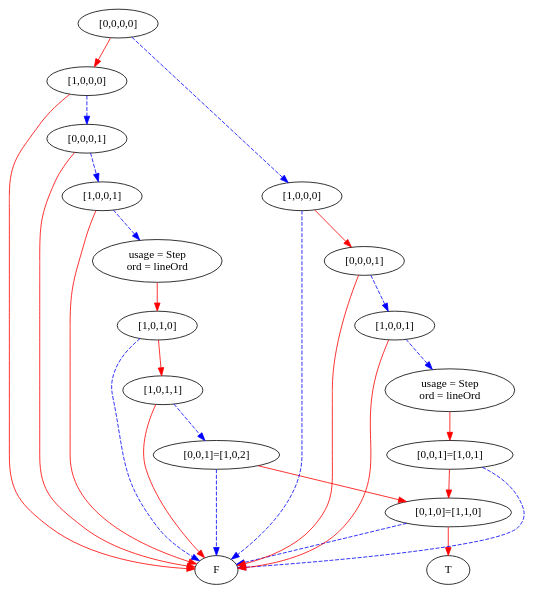
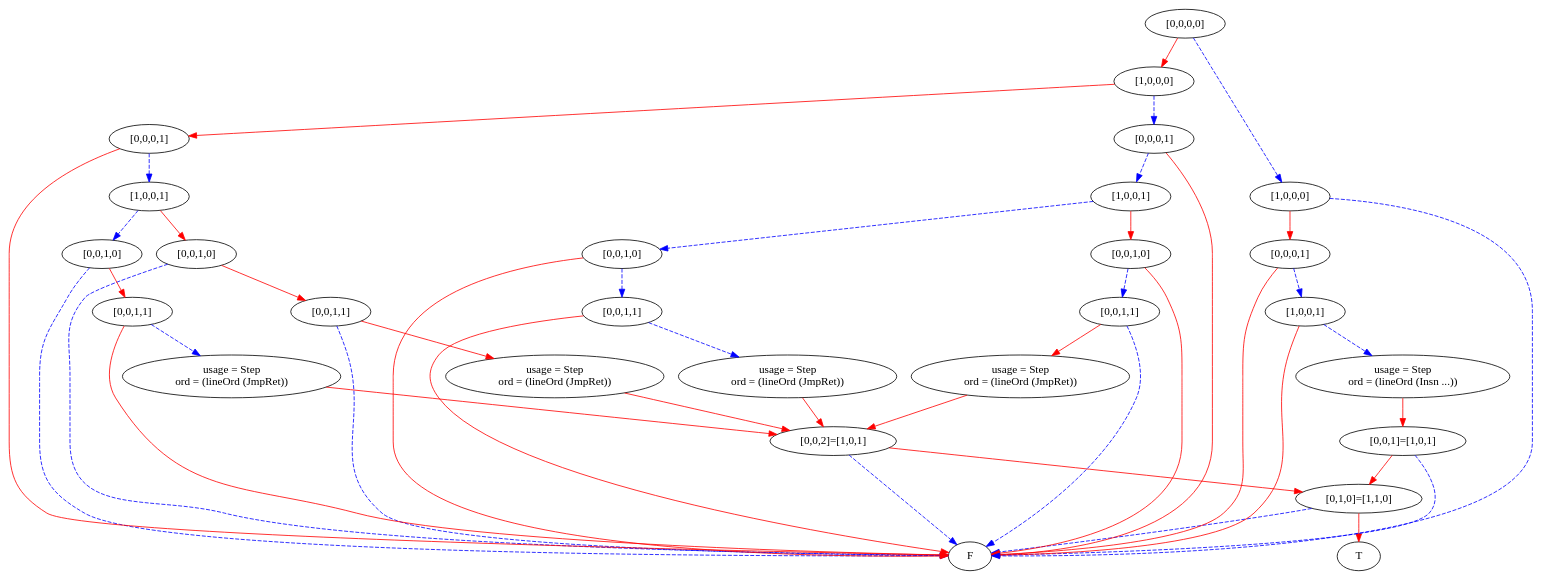
Before and after one commit to mburyakov/minxmod: the diagram in simpleProgram2.dot, drawn with Graphviz. The commit also changed 11 other files, not shown here.

```diff
--- a/simpleProgram2.dot
+++ b/simpleProgram2.dot
@@ -1,56 +1,94 @@
 digraph {
     1 [label=F];
     2 [label=T];
     3 [label="[0,1,0]=[1,1,0]"];
-    4 [label="[0,0,1]=[1,0,2]"];
-    5 [label="[1,0,1,1]"];
-    6 [label="[1,0,1,0]"];
-    7 [label="usage = Step\nord = lineOrd"];
-    8 [label="[1,0,0,1]"];
-    9 [label="[0,0,0,1]"];
-    10 [label="[1,0,0,0]"];
-    11 [label="[0,0,1]=[1,0,1]"];
-    12 [label="usage = Step\nord = lineOrd"];
-    13 [label="[1,0,0,1]"];
-    14 [label="[0,0,0,1]"];
-    15 [label="[1,0,0,0]"];
-    16 [label="[0,0,0,0]"];
+    4 [label="[0,0,2]=[1,0,1]"];
+    5 [label="usage = Step\nord = (lineOrd (JmpRet))"];
+    6 [label="[0,0,1,1]"];
+    7 [label="[0,0,1,0]"];
+    8 [label="usage = Step\nord = (lineOrd (JmpRet))"];
+    9 [label="[0,0,1,1]"];
+    10 [label="[0,0,1,0]"];
+    11 [label="[1,0,0,1]"];
+    12 [label="[0,0,0,1]"];
+    13 [label="usage = Step\nord = (lineOrd (JmpRet))"];
+    14 [label="[0,0,1,1]"];
+    15 [label="[0,0,1,0]"];
+    16 [label="usage = Step\nord = (lineOrd (JmpRet))"];
+    17 [label="[0,0,1,1]"];
+    18 [label="[0,0,1,0]"];
+    19 [label="[1,0,0,1]"];
+    20 [label="[0,0,0,1]"];
+    21 [label="[1,0,0,0]"];
+    22 [label="[0,0,1]=[1,0,1]"];
+    23 [label="usage = Step\nord = (lineOrd (Insn ...))"];
+    24 [label="[1,0,0,1]"];
+    25 [label="[0,0,0,1]"];
+    26 [label="[1,0,0,0]"];
+    27 [label="[0,0,0,0]"];
     3 -> 1 [style=dashed
            ,color=blue];
     3 -> 2 [color=red];
     4 -> 3 [color=red];
     4 -> 1 [style=dashed
            ,color=blue];
-    5 -> 4 [style=dashed
-           ,color=blue];
-    5 -> 1 [color=red];
+    5 -> 4 [color=red];
     6 -> 5 [color=red];
     6 -> 1 [style=dashed
            ,color=blue];
     7 -> 6 [color=red];
-    8 -> 7 [style=dashed
+    7 -> 1 [style=dashed
            ,color=blue];
-    8 -> 1 [color=red];
+    8 -> 4 [color=red];
     9 -> 8 [style=dashed
            ,color=blue];
     9 -> 1 [color=red];
-    10 -> 9 [style=dashed
+    10 -> 9 [color=red];
+    10 -> 1 [style=dashed
             ,color=blue];
-    10 -> 1 [color=red];
-    11 -> 3 [color=red];
-    11 -> 1 [style=dashed
+    11 -> 7 [color=red];
+    11 -> 10 [style=dashed
+             ,color=blue];
+    12 -> 11 [style=dashed
+             ,color=blue];
+    12 -> 1 [color=red];
+    13 -> 4 [color=red];
+    14 -> 13 [color=red];
+    14 -> 1 [style=dashed
             ,color=blue];
-    12 -> 11 [color=red];
-    13 -> 12 [style=dashed
+    15 -> 14 [style=dashed
              ,color=blue];
-    13 -> 1 [color=red];
-    14 -> 13 [style=dashed
+    15 -> 1 [color=red];
+    16 -> 4 [color=red];
+    17 -> 16 [style=dashed
              ,color=blue];
-    14 -> 1 [color=red];
-    15 -> 14 [color=red];
-    15 -> 1 [style=dashed
+    17 -> 1 [color=red];
+    18 -> 17 [style=dashed
+             ,color=blue];
+    18 -> 1 [color=red];
+    19 -> 15 [color=red];
+    19 -> 18 [style=dashed
+             ,color=blue];
+    20 -> 19 [style=dashed
+             ,color=blue];
+    20 -> 1 [color=red];
+    21 -> 12 [color=red];
+    21 -> 20 [style=dashed
+             ,color=blue];
+    22 -> 3 [color=red];
+    22 -> 1 [style=dashed
             ,color=blue];
-    16 -> 10 [color=red];
-    16 -> 15 [style=dashed
+    23 -> 22 [color=red];
+    24 -> 23 [style=dashed
+             ,color=blue];
+    24 -> 1 [color=red];
+    25 -> 24 [style=dashed
+             ,color=blue];
+    25 -> 1 [color=red];
+    26 -> 25 [color=red];
+    26 -> 1 [style=dashed
+            ,color=blue];
+    27 -> 21 [color=red];
+    27 -> 26 [style=dashed
              ,color=blue];
 }
```
